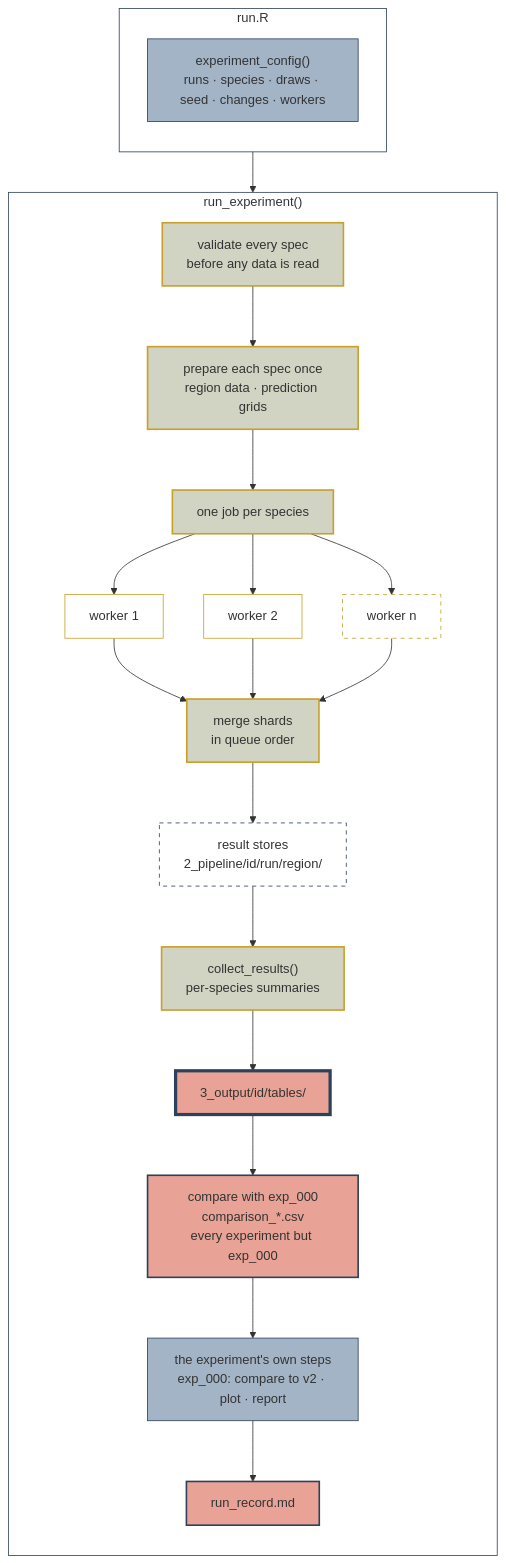
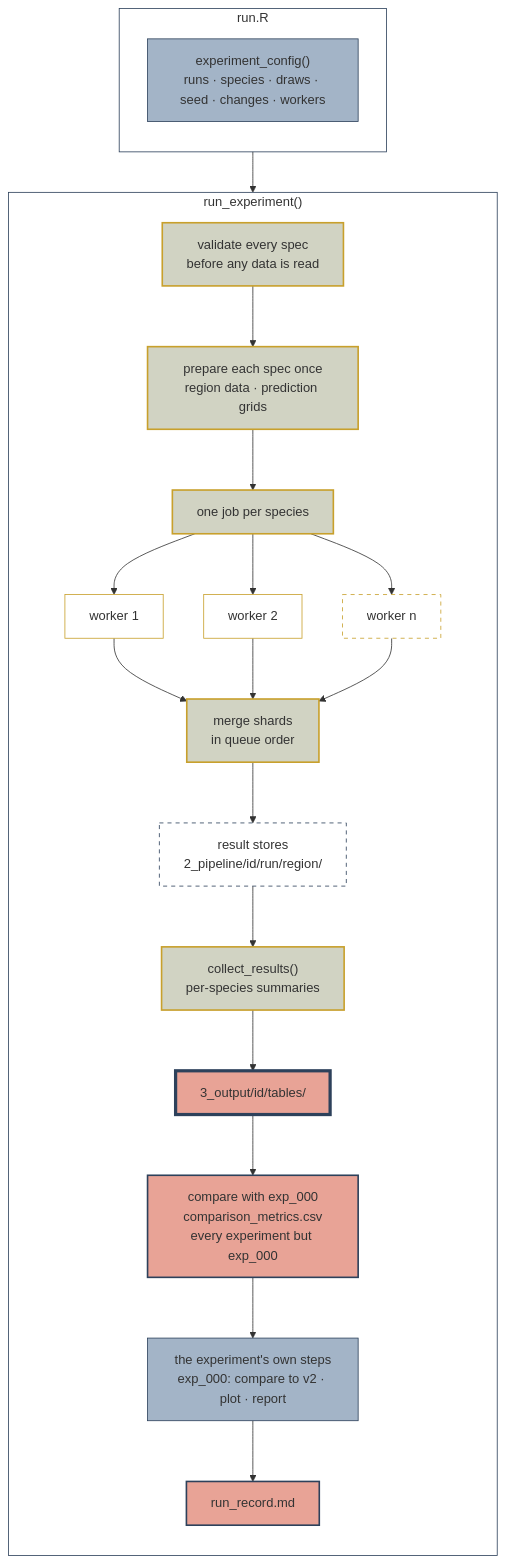
The third of 6 diagrams in README.md (ABbiodiversity/sdmMethodsDev), drawn with Mermaid before and after one commit. The commit also changed other lines of this file and 36 other files, not shown here.

First line of the commit message:
Update README and getting_started documentation for comparison metrics

````diff
--- a/README.md
+++ b/README.md
@@ -260,64 +260,64 @@
 ```mermaid
 %% ----------------------------
 %% The experiment pipeline
 %% ----------------------------
 %%{init: {"themeVariables": {"edgeLabelBackground": "#ffffff"}}}%%
 flowchart TD
 
     subgraph cfg["run.R"]
         direction TB
         C["experiment_config()<br/>runs · species · draws · seed · changes · workers"]
     end
 
     subgraph run["run_experiment()"]
         direction TB
         V["validate every spec<br/>before any data is read"]
         P["prepare each spec once<br/>region data · prediction grids"]
         J["one job per species"]
         W1["worker 1"]
         W2["worker 2"]
         WN["worker n"]
         S["merge shards<br/>in queue order"]
         ST["result stores<br/>2_pipeline/id/run/region/"]
         CR["collect_results()<br/>per-species summaries"]
         T["3_output/id/tables/"]
-        B["compare with exp_000<br/>comparison_*.csv<br/>every experiment but exp_000"]
+        B["compare with exp_000<br/>comparison_metrics.csv<br/>every experiment but exp_000"]
         X["the experiment's own steps<br/>exp_000: compare to v2 · plot · report"]
         RR["run_record.md"]
 
         V --> P --> J
         J --> W1 & W2 & WN
         W1 & W2 & WN --> S --> ST
         ST --> CR --> T --> B --> X --> RR
     end
 
     C --> V
 
     %% ----------------------------
     %% Styles
     %% ----------------------------
 
     %% Containers
     style cfg fill:none,stroke:#2D415B,stroke-width:1px
     style run fill:none,stroke:#2D415B,stroke-width:1px
 
     %% Configuration
     style C fill:#A3B4C7,stroke:#2D415B,stroke-width:1px
 
     %% Shared pipeline
     style V fill:#A4A88780,stroke:#C8A02C,stroke-width:2px
     style P fill:#A4A88780,stroke:#C8A02C,stroke-width:2px
     style J fill:#A4A88780,stroke:#C8A02C,stroke-width:2px
     style W1 fill:#ffffff,stroke:#C8A02C,stroke-width:1px
     style W2 fill:#ffffff,stroke:#C8A02C,stroke-width:1px
     style WN fill:#ffffff,stroke:#C8A02C,stroke-width:1px,stroke-dasharray: 5 5
     style S fill:#A4A88780,stroke:#C8A02C,stroke-width:2px
     style CR fill:#A4A88780,stroke:#C8A02C,stroke-width:2px
 
     %% Outputs
     style ST fill:#ffffff,stroke:#2D415B,stroke-width:1px,stroke-dasharray: 5 5
     style T fill:#E8A396,stroke:#2D415B,stroke-width:4px
     style B fill:#E8A396,stroke:#2D415B,stroke-width:2px
     style X fill:#A3B4C7,stroke:#2D415B,stroke-width:1px
     style RR fill:#E8A396,stroke:#2D415B,stroke-width:2px
 ```
````
